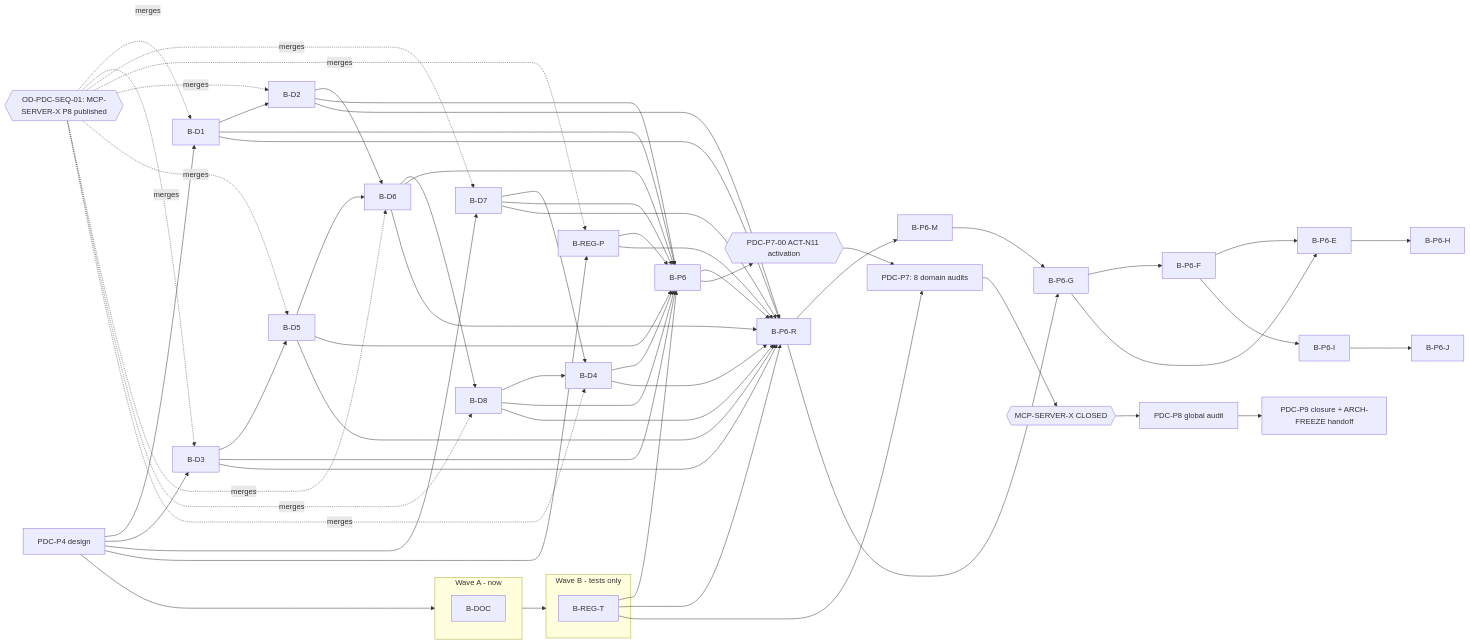
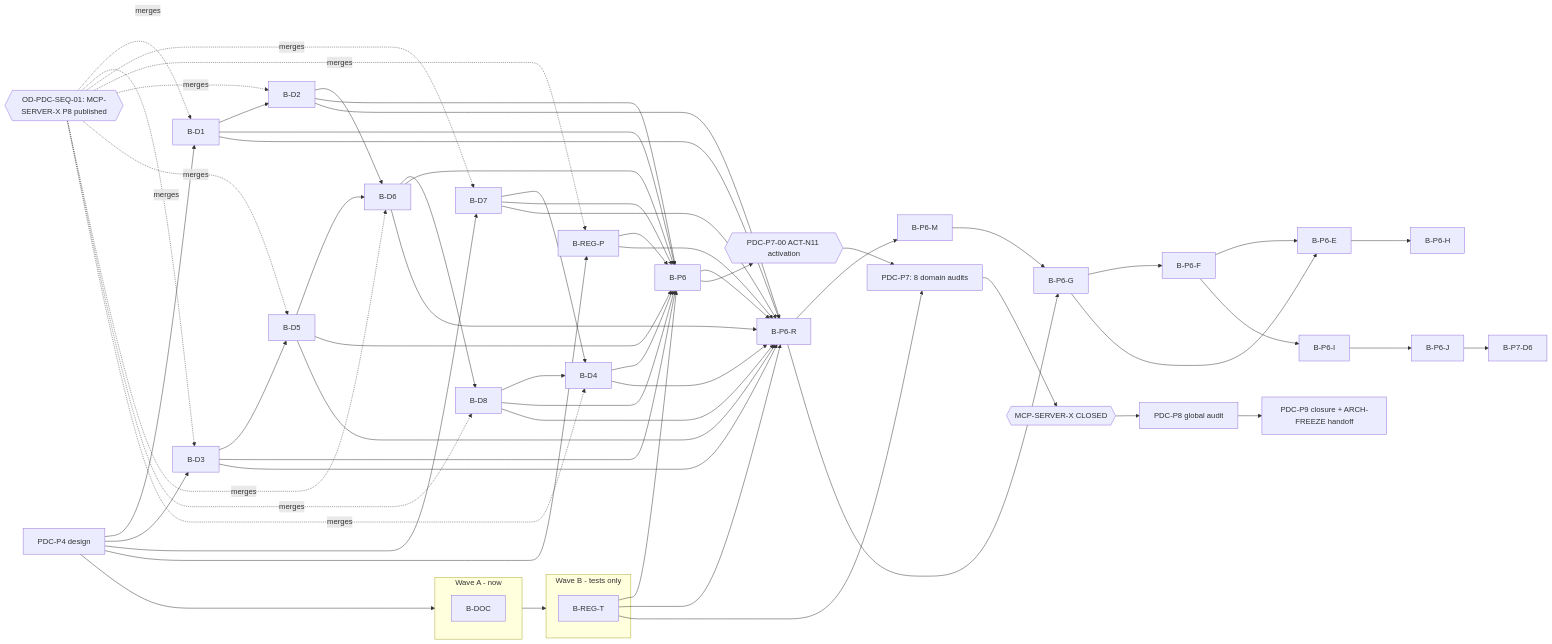
The diagram in docs/project/maintainers/qualification/platform_domain_completeness/PDC_DEPENDENCY_DAG.md (jakbuczarnecki/intergrax), drawn with Mermaid before and after one commit. The commit also changed other lines of this file and 4 other files, not shown here.

````diff
--- a/docs/project/maintainers/qualification/platform_domain_completeness/PDC_DEPENDENCY_DAG.md
+++ b/docs/project/maintainers/qualification/platform_domain_completeness/PDC_DEPENDENCY_DAG.md
@@ -5,54 +5,55 @@
 ```mermaid
 graph LR
   P4[PDC-P4 design] --> WA
   subgraph WA[Wave A - now]
     B-DOC
   end
   subgraph WB[Wave B - tests only]
     B-REG-T
   end
   WA --> WB
   GATE{{OD-PDC-SEQ-01: MCP-SERVER-X P8 published}}
   B-D1 --> B-D2
   B-D3 --> B-D5
   B-D2 --> B-D6
   B-D5 --> B-D6
   B-D6 --> B-D8
   B-D7 --> B-D4
   B-D8 --> B-D4
   B-D1 --> B-P6
   B-D2 --> B-P6
   B-D3 --> B-P6
   B-D4 --> B-P6
   B-D5 --> B-P6
   B-D6 --> B-P6
   B-D7 --> B-P6
   B-D8 --> B-P6
   B-REG-P --> B-P6
   B-REG-T --> B-P6
   B-D1 --> B-P6-R
   B-D2 --> B-P6-R
   B-D3 --> B-P6-R
   B-D4 --> B-P6-R
   B-D5 --> B-P6-R
   B-D6 --> B-P6-R
   B-D7 --> B-P6-R
   B-D8 --> B-P6-R
   B-REG-P --> B-P6-R
   B-REG-T --> B-P6-R
   B-P6 --> B-P6-R
   B-P6-R --> B-P6-M
   B-P6-R --> B-P6-G
   B-P6-M --> B-P6-G
   B-P6-G --> B-P6-F
   B-P6-G --> B-P6-E
   B-P6-F --> B-P6-E
   B-P6-E --> B-P6-H
   B-P6-F --> B-P6-I
   B-P6-I --> B-P6-J
+  B-P6-J --> B-P7-D6
   P4 --> B-D1 & B-D3 & B-D7 & B-REG-P
   GATE -. merges .-> B-D1 & B-D3 & B-D7 & B-REG-P & B-D2 & B-D5 & B-D6 & B-D8 & B-D4
   B-P6 --> ACT{{PDC-P7-00 ACT-N11 activation}} --> P7[PDC-P7: 8 domain audits]
   B-REG-T --> P7
   P7 --> MCPC{{MCP-SERVER-X CLOSED}} --> P8[PDC-P8 global audit] --> P9[PDC-P9 closure + ARCH-FREEZE handoff]
 ```
````
